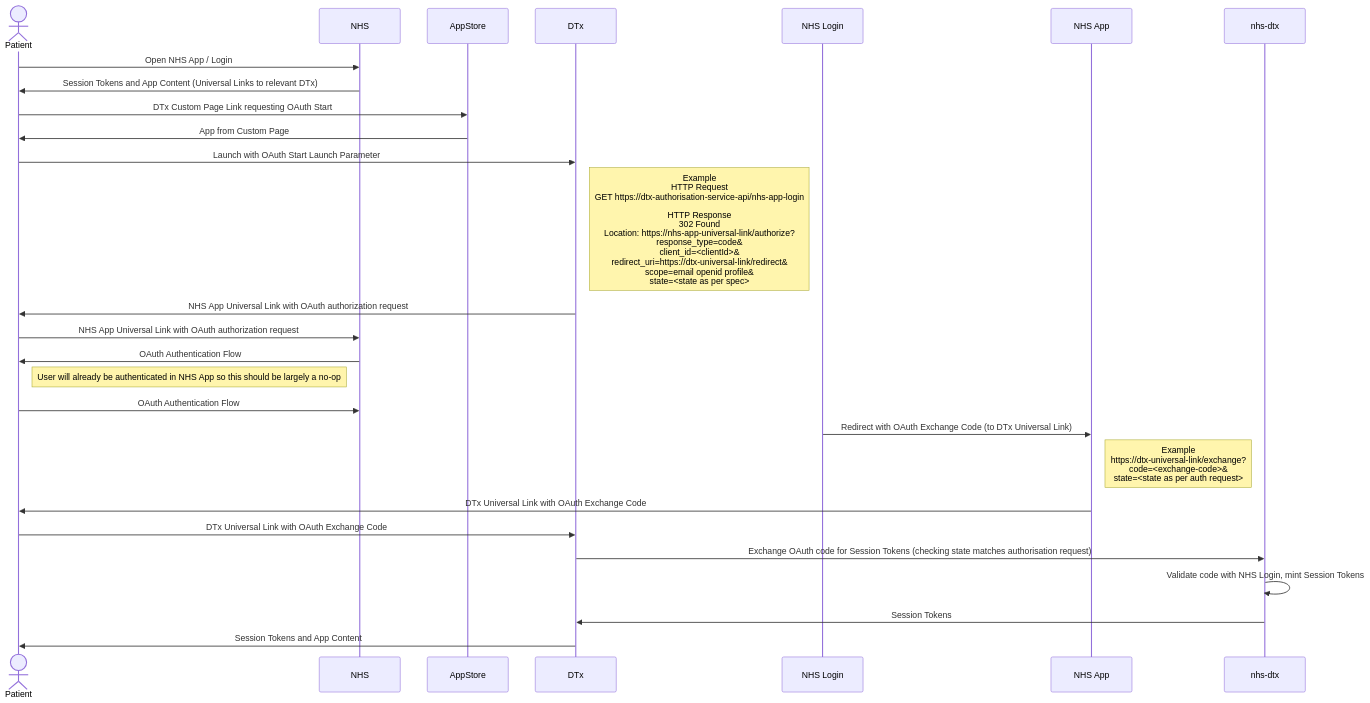
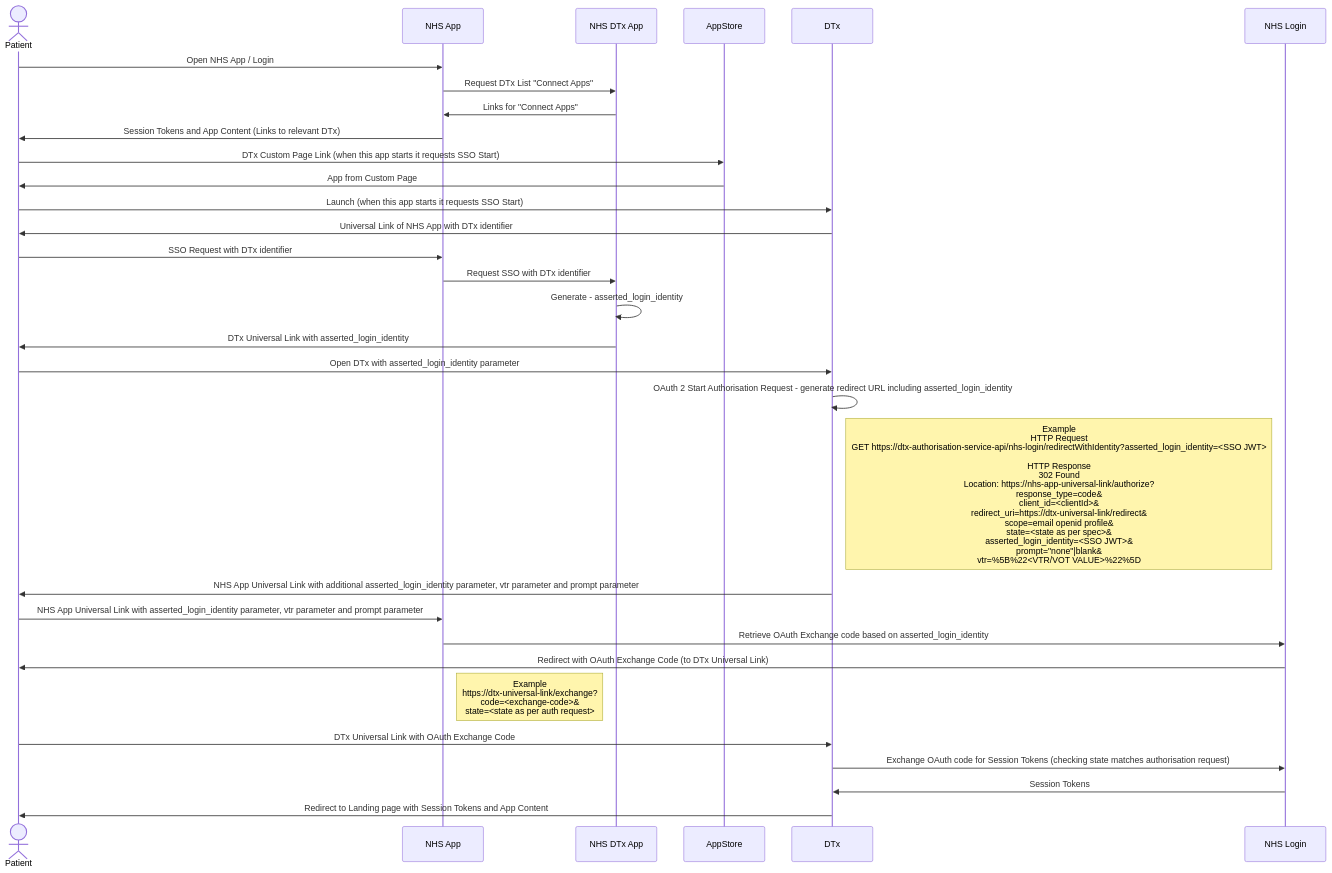
Before and after one commit to mattfellows-mmh/healthstore-dtx-supplier-integration-framework: the fifth of 5 diagrams in docs/dtx-enrolment-and-app-launch-sequences.md, drawn with Mermaid. The commit also changed other lines of this file, not shown here.

Commit message:
Update app not installed sequence to match the SSO flow

````diff
--- a/docs/dtx-enrolment-and-app-launch-sequences.md
+++ b/docs/dtx-enrolment-and-app-launch-sequences.md
@@ -86,23 +85,29 @@
 ```mermaid
   sequenceDiagram
   actor Patient
-    Patient ->> NHS: Open NHS App / Login
-    NHS ->> Patient: Session Tokens and App Content (Universal Links to relevant DTx)
-    Patient->>AppStore: DTx Custom Page Link requesting OAuth Start
+    Patient ->> NHS App: Open NHS App / Login
+    NHS App ->> NHS DTx App: Request DTx List "Connect Apps"
+    NHS DTx App ->> NHS App: Links for "Connect Apps"
+    NHS App ->> Patient: Session Tokens and App Content (Links to relevant DTx)
+    Patient->>AppStore: DTx Custom Page Link (when this app starts it requests SSO Start)
     AppStore->>Patient: App from Custom Page
-    Patient ->> DTx: Launch with OAuth Start Launch Parameter
-    Note right of DTx: Example<br/> HTTP Request<br/> GET https://dtx-authorisation-service-api/nhs-app-login <br/><br/>HTTP Response <br/>302 Found<br/> Location: https://nhs-app-universal-link/authorize?<br/>response_type=code&<br/>client_id=<clientId>&<br/>redirect_uri=https://dtx-universal-link/redirect&<br/>scope=email openid profile&<br/>state=<state as per spec>
-    DTx->>Patient: NHS App Universal Link with OAuth authorization request
-    Patient->>NHS: NHS App Universal Link with OAuth authorization request
-    NHS->>Patient: OAuth Authentication Flow
-    Note right of Patient: User will already be authenticated in NHS App so this should be largely a no-op
-    Patient->>NHS: OAuth Authentication Flow
-    NHS Login->>NHS App: Redirect with OAuth Exchange Code (to DTx Universal Link)
+    Patient ->> DTx: Launch (when this app starts it requests SSO Start)
+    DTx->>Patient: Universal Link of NHS App with DTx identifier
+    Patient->>NHS App: SSO Request with DTx identifier
+    NHS App->>NHS DTx App: Request SSO with DTx identifier
+    NHS DTx App ->> NHS DTx App: Generate - asserted_login_identity
+    NHS DTx App ->> Patient: DTx Universal Link with asserted_login_identity
+    Patient ->> DTx: Open DTx with asserted_login_identity parameter
+    DTx->>DTx: OAuth 2 Start Authorisation Request - generate redirect URL including asserted_login_identity
+    Note right of DTx: Example<br/> HTTP Request<br/> GET https://dtx-authorisation-service-api/nhs-login/redirectWithIdentity?asserted_login_identity=<SSO JWT> <br/><br/>HTTP Response <br/>302 Found<br/> Location: https://nhs-app-universal-link/authorize?<br/>response_type=code&<br/>client_id=<clientId>&<br/>redirect_uri=https://dtx-universal-link/redirect&<br/>scope=email openid profile&<br/>state=<state as per spec>&<br/>asserted_login_identity=<SSO JWT>&<br/>prompt="none"|blank&<br/>vtr=%5B%22<VTR/VOT VALUE>%22%5D
+    DTx->>Patient: NHS App Universal Link with additional asserted_login_identity parameter, vtr parameter and prompt parameter
+    Patient->>NHS App: NHS App Universal Link with asserted_login_identity parameter, vtr parameter and prompt parameter
+
+    NHS App->>NHS Login: Retrieve OAuth Exchange code based on asserted_login_identity
+    NHS Login->>Patient: Redirect with OAuth Exchange Code (to DTx Universal Link)
     Note right of NHS App: Example<br/> https://dtx-universal-link/exchange?<br/>code=<exchange-code>&<br/>state=<state as per auth request>
-    NHS App->>Patient: DTx Universal Link with OAuth Exchange Code
     Patient->>DTx: DTx Universal Link with OAuth Exchange Code
-    DTx->>nhs-dtx: Exchange OAuth code for Session Tokens (checking state matches authorisation request)
-    nhs-dtx->>nhs-dtx: Validate code with NHS Login, mint Session Tokens
-    nhs-dtx->>DTx: Session Tokens
-    DTx->>Patient: Session Tokens and App Content
+    DTx->>NHS Login: Exchange OAuth code for Session Tokens (checking state matches authorisation request)
+    NHS Login->>DTx: Session Tokens
+    DTx->>Patient: Redirect to Landing page with Session Tokens and App Content
 ```
````
